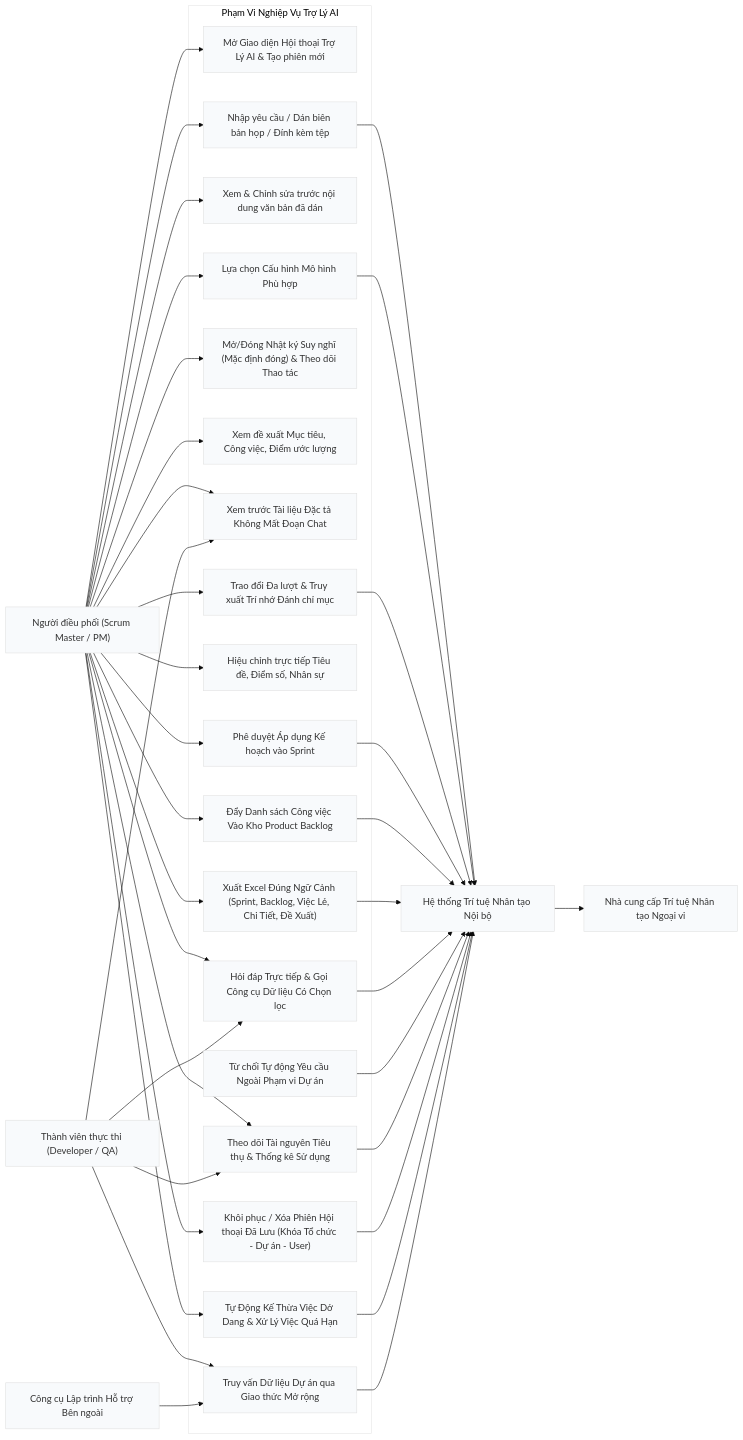
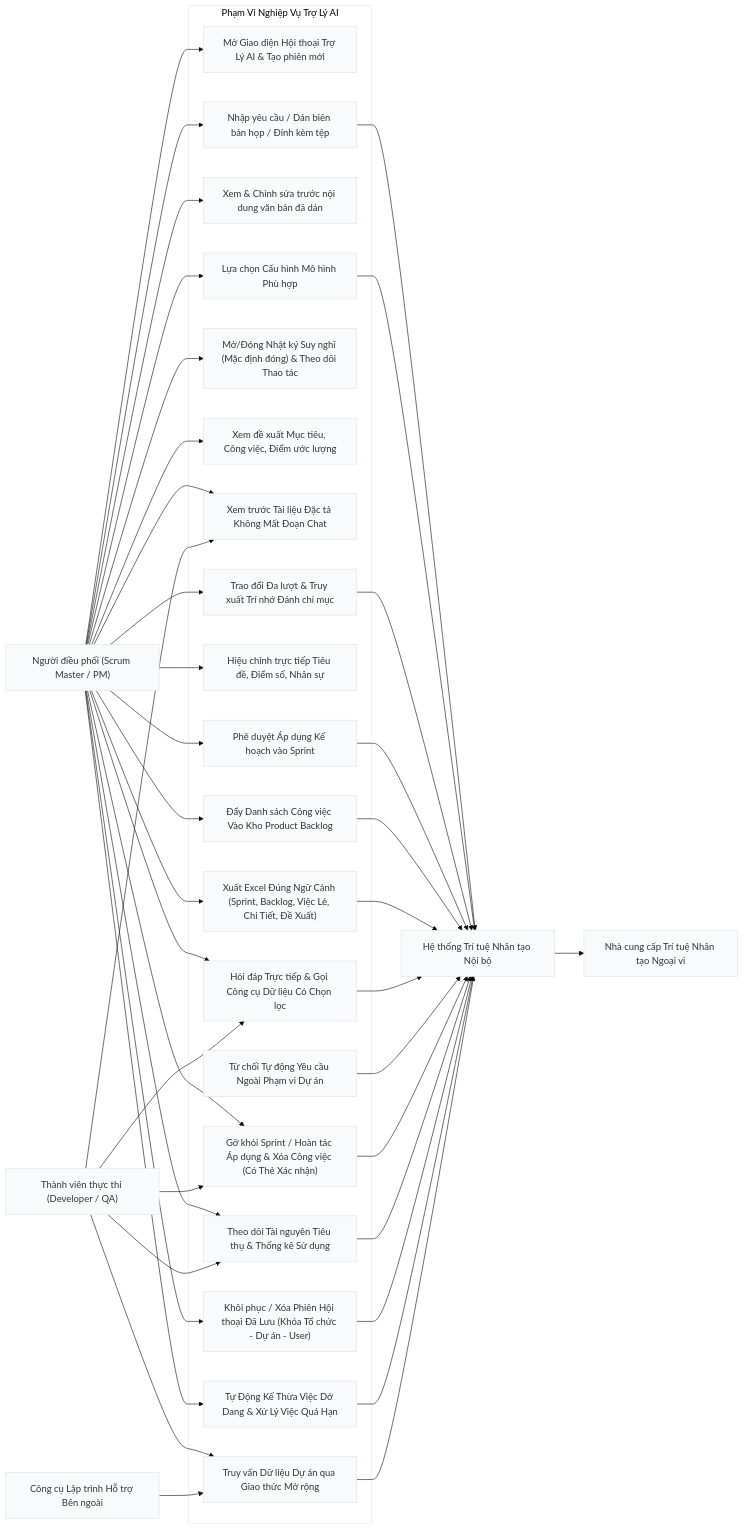
One commit to TranHoang2k40525/ProjectMgmt changed the second of 2 diagrams in docs/ai/01-kien-truc-tong-quan-va-use-case.md. Above: the diagram before and after it, drawn with Mermaid. The commit also changed 19 other files, not shown here.

Commit message:
feat(ai): bổ sung luồng gỡ công việc khỏi sprint và xóa công việc có thẻ xác nhận bắt buộc qua trợ lý ai

````diff
--- a/docs/ai/01-kien-truc-tong-quan-va-use-case.md
+++ b/docs/ai/01-kien-truc-tong-quan-va-use-case.md
@@ -110,67 +110,71 @@
 ```mermaid
 %%{init: {"theme": "base", "themeVariables": {"primaryColor": "#f8fafc", "edgeLabelBackground":"#ffffff"}}}%%
 flowchart LR
     SM["Người điều phối (Scrum Master / PM)"]
     DEV["Thành viên thực thi (Developer / QA)"]
     AI["Hệ thống Trí tuệ Nhân tạo Nội bộ"]
     EXT["Nhà cung cấp Trí tuệ Nhân tạo Ngoại vi"]
     EXT_AGENT["Công cụ Lập trình Hỗ trợ Bên ngoài"]
 
     subgraph UC["Phạm Vi Nghiệp Vụ Trợ Lý AI"]
         UC1["Mở Giao diện Hội thoại Trợ Lý AI & Tạo phiên mới"]
         UC2["Nhập yêu cầu / Dán biên bản họp / Đính kèm tệp"]
         UC3["Xem & Chỉnh sửa trước nội dung văn bản đã dán"]
         UC4["Lựa chọn Cấu hình Mô hình Phù hợp"]
         UC5["Mở/Đóng Nhật ký Suy nghĩ (Mặc định đóng) & Theo dõi Thao tác"]
         UC6["Xem đề xuất Mục tiêu, Công việc, Điểm ước lượng"]
         UC7["Xem trước Tài liệu Đặc tả Không Mất Đoạn Chat"]
         UC8["Trao đổi Đa lượt & Truy xuất Trí nhớ Đánh chỉ mục"]
         UC9["Hiệu chỉnh trực tiếp Tiêu đề, Điểm số, Nhân sự"]
         UC10["Phê duyệt Áp dụng Kế hoạch vào Sprint"]
         UC15["Đẩy Danh sách Công việc Vào Kho Product Backlog"]
         UC16["Xuất Excel Đúng Ngữ Cảnh (Sprint, Backlog, Việc Lẻ, Chi Tiết, Đề Xuất)"]
         UC17["Hỏi đáp Trực tiếp & Gọi Công cụ Dữ liệu Có Chọn lọc"]
         UC18["Từ chối Tự động Yêu cầu Ngoài Phạm vi Dự án"]
+        UC19["Gỡ khỏi Sprint / Hoàn tác Áp dụng & Xóa Công việc (Có Thẻ Xác nhận)"]
         UC11["Truy vấn Dữ liệu Dự án qua Giao thức Mở rộng"]
         UC12["Theo dõi Tài nguyên Tiêu thụ & Thống kê Sử dụng"]
         UC13["Khôi phục / Xóa Phiên Hội thoại Đã Lưu (Khóa Tổ chức - Dự án - User)"]
         UC14["Tự Động Kế Thừa Việc Dở Dang & Xử Lý Việc Quá Hạn"]
     end
 
     SM --> UC1
     SM --> UC2
     SM --> UC3
     SM --> UC4
     SM --> UC5
     SM --> UC6
     SM --> UC7
     SM --> UC8
     SM --> UC9
     SM --> UC10
     SM --> UC15
     SM --> UC16
     SM --> UC17
+    SM --> UC19
     SM --> UC12
     SM --> UC13
     SM --> UC14
 
     DEV --> UC7
     DEV --> UC11
     DEV --> UC12
     DEV --> UC17
+    DEV --> UC19
 
     UC2 --> AI
     UC4 --> AI
     UC8 --> AI
     UC10 --> AI
     UC15 --> AI
     UC16 --> AI
     UC17 --> AI
     UC18 --> AI
+    UC19 --> AI
     UC12 --> AI
     UC13 --> AI
     UC14 --> AI
     AI --> EXT
     EXT_AGENT --> UC11
     UC11 --> AI
 ```
````
